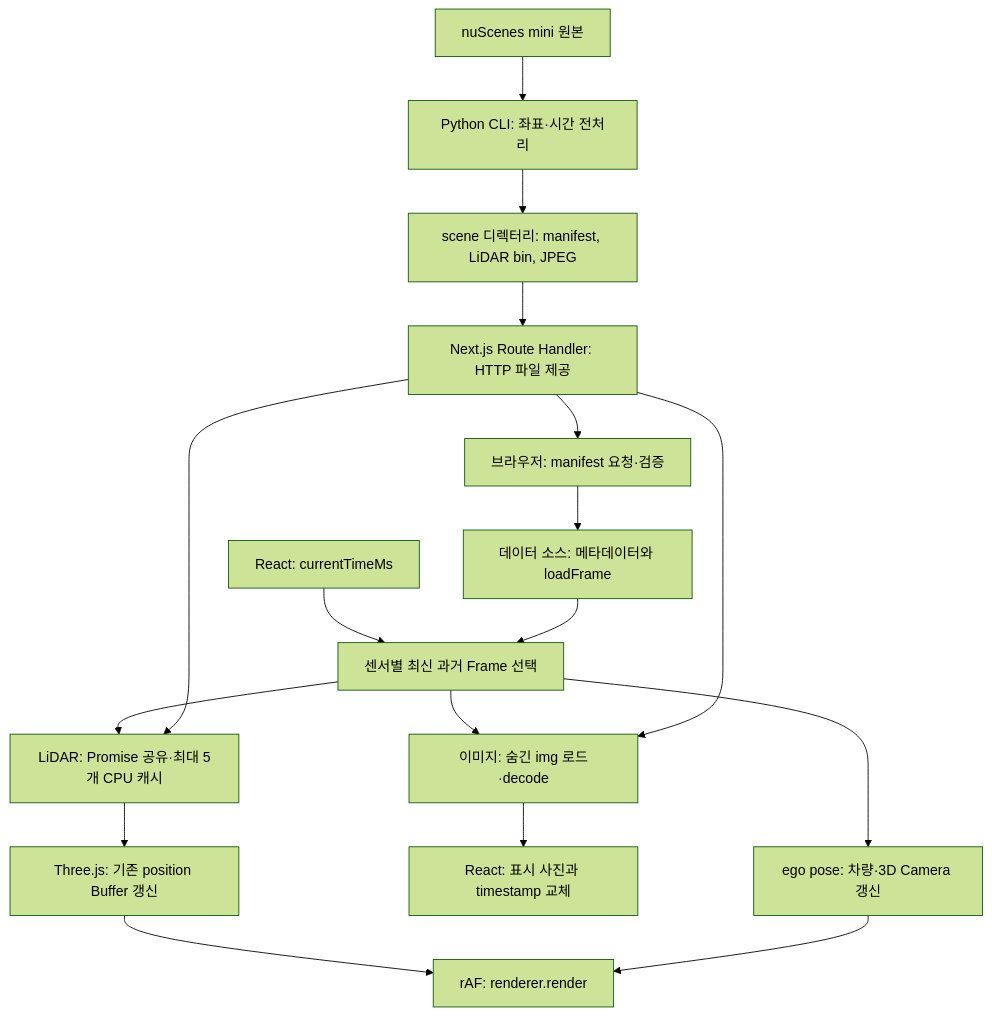
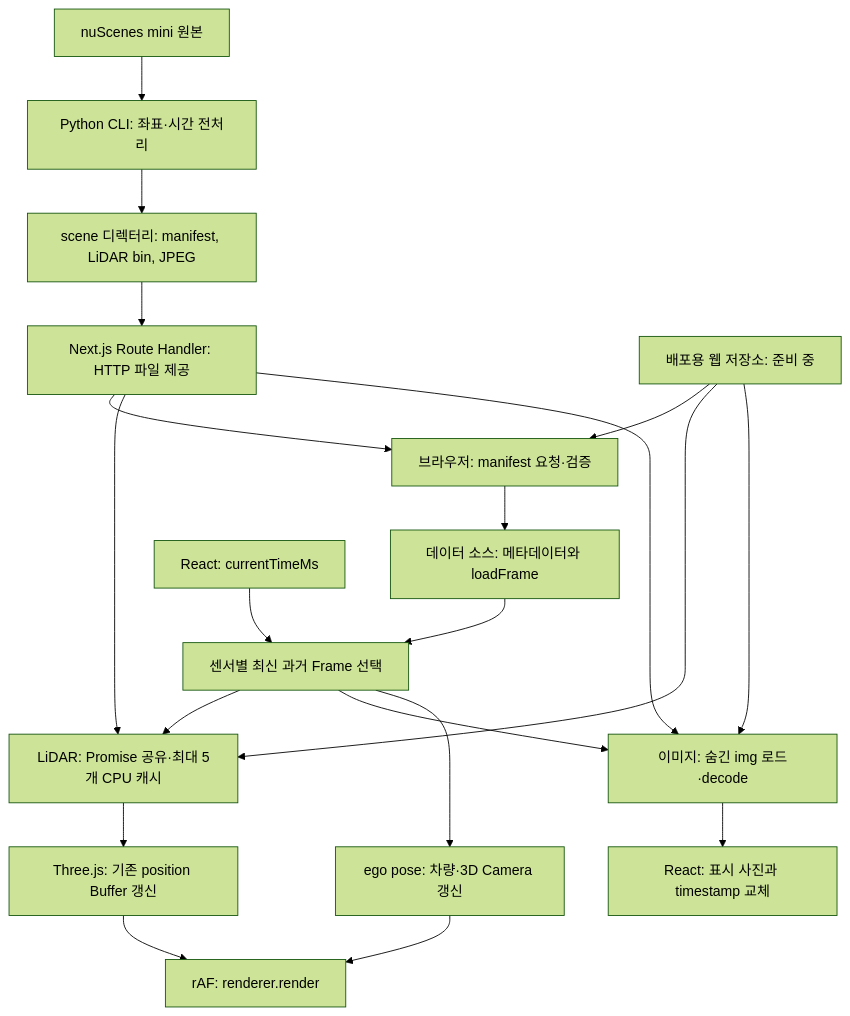
One commit to DoubleChamp/drivescope-visualizer changed the first of 2 diagrams in docs/ARCHITECTURE.md. Above: the diagram before and after it, drawn with Mermaid (forest theme). The commit also changed other lines of this file and 6 other files, not shown here.

Commit message:
feat: 배포용 manifest URL 설정 지원

````diff
--- a/docs/ARCHITECTURE.md
+++ b/docs/ARCHITECTURE.md
@@ -21,19 +21,22 @@
 ```mermaid
 flowchart TD
     Raw["nuScenes mini 원본"] --> Convert["Python CLI: 좌표·시간 전처리"]
     Convert --> Files["scene 디렉터리: manifest, LiDAR bin, JPEG"]
     Files --> Route["Next.js Route Handler: HTTP 파일 제공"]
     Route --> Manifest["브라우저: manifest 요청·검증"]
     Manifest --> Source["데이터 소스: 메타데이터와 loadFrame"]
     Clock["React: currentTimeMs"] --> Select["센서별 최신 과거 Frame 선택"]
     Source --> Select
     Select --> Lidar["LiDAR: Promise 공유·최대 5개 CPU 캐시"]
     Route --> Lidar
     Lidar --> Buffer["Three.js: 기존 position Buffer 갱신"]
     Select --> Image["이미지: 숨긴 img 로드·decode"]
     Route --> Image
     Image --> Panel["React: 표시 사진과 timestamp 교체"]
     Select --> Pose["ego pose: 차량·3D Camera 갱신"]
     Buffer --> Render["rAF: renderer.render"]
     Pose --> Render
+    Storage["배포용 웹 저장소: 준비 중"] --> Manifest
+    Storage --> Lidar
+    Storage --> Image
 ```
````
